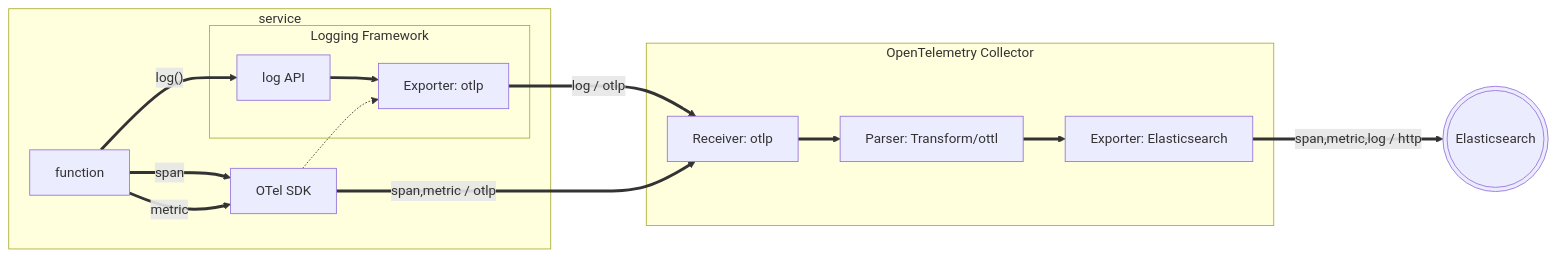
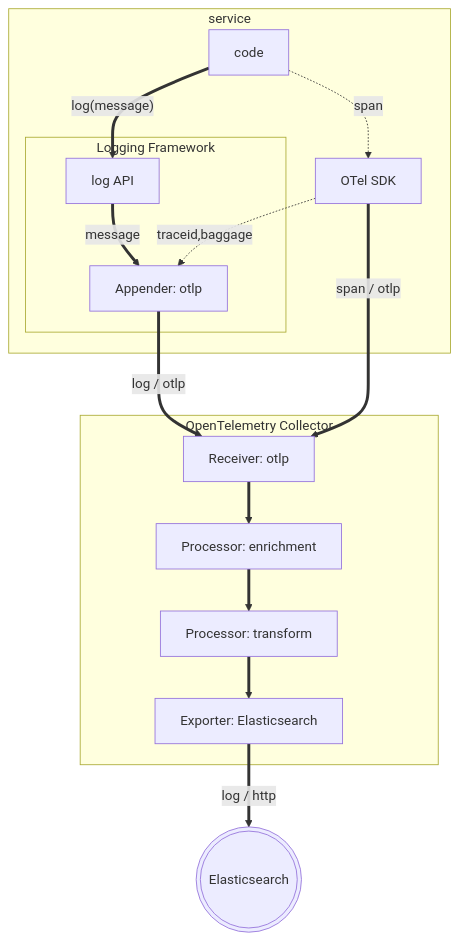
The diagram in instruqt/tracks/o11y--course--field--200-otel-logs--main/diagrams/method1.mmd (ty-elastic/instruqt_o11y--course--field--200-otel-logs--main), drawn with Mermaid before and after one commit. The commit also changed 59 other files, not shown here.

```diff
--- a/instruqt/tracks/o11y--course--field--200-otel-logs--main/diagrams/method1.mmd
+++ b/instruqt/tracks/o11y--course--field--200-otel-logs--main/diagrams/method1.mmd
@@ -1,26 +1,27 @@
 
-flowchart LR
+flowchart TB
     subgraph Collector[OpenTelemetry Collector]
         OTLPRecv[Receiver: otlp]
-        Processor[Parser: Transform/ottl]
+        Processor1[Processor: enrichment]
+        Processor2[Processor: transform]
         ElasticExporter[Exporter: Elasticsearch]
-        OTLPRecv ==> Processor ==> ElasticExporter
+        OTLPRecv ==> Processor1 ==> Processor2 ==> ElasticExporter
     end
 
     subgraph Service1[service]
         subgraph LoggingFramework[Logging Framework]
             LAPI[log API]
-            LAPI ==> OtlpExporter[Exporter: otlp]
+            LAPI == message ==> OtlpExporter[Appender: otlp]
         end
 
         OTELSDK[OTel SDK]
-        OTELSDK -.-> OtlpExporter
-        func[function] == "log()" ==> LAPI
-        func == "span" ==> OTELSDK
-        func == "metric" ==> OTELSDK
+        OTELSDK -. traceid,baggage .-> OtlpExporter
+        func[code] == "log(message)" ==> LAPI
+        func -. span .-> OTELSDK
+  
 
         OtlpExporter == "log / otlp" ==> OTLPRecv
-        OTELSDK == "span,metric / otlp" ==> OTLPRecv
+        OTELSDK == "span / otlp" ==> OTLPRecv
     end
 
-    ElasticExporter == "span,metric,log / http" ==> nodeId(((Elasticsearch)))
+    ElasticExporter == "log / http" ==> nodeId(((Elasticsearch)))
```
